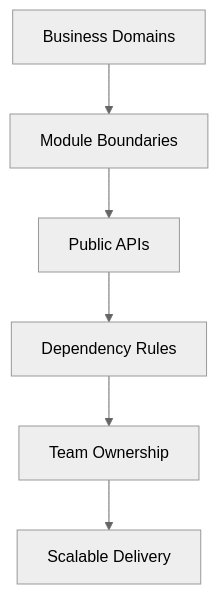
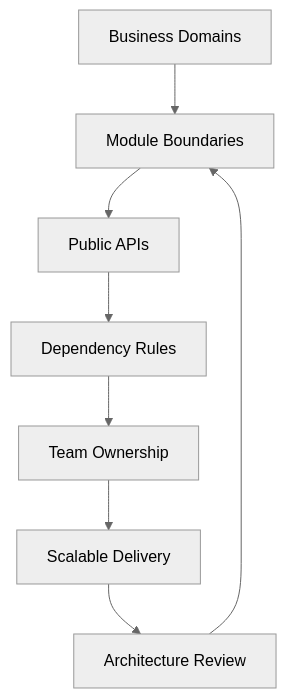
Before and after one commit to kaushalkumar8459/CodingTerminal-Tutorial-Notes: the diagram in tutorial-platform/public/tutorials/react/day-097-large-scale-module-architecture.md, drawn with Mermaid (neutral theme). The commit also changed other lines of this file, not shown here.

Commit message:
Enhance Day 97 large-scale module architecture without changing structure

````diff
--- a/tutorial-platform/public/tutorials/react/day-097-large-scale-module-architecture.md
+++ b/tutorial-platform/public/tutorials/react/day-097-large-scale-module-architecture.md
@@ -170,8 +181,10 @@
 ```mermaid
 flowchart TD
-		A[Business Domains] --> B[Module Boundaries]
-		B --> C[Public APIs]
-		C --> D[Dependency Rules]
-		D --> E[Team Ownership]
-		E --> F[Scalable Delivery]
+	A[Business Domains] --> B[Module Boundaries]
+	B --> C[Public APIs]
+	C --> D[Dependency Rules]
+	D --> E[Team Ownership]
+	E --> F[Scalable Delivery]
+	F --> G[Architecture Review]
+	G --> B
 ```
````
